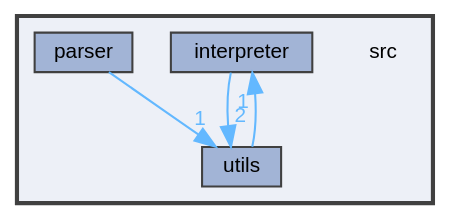
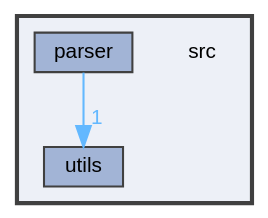
Before and after one commit to kejunp/kejunp.github.io: the diagram in pebbl/docs/dir_68267d1309a1af8e8297ef4c3efbcdba_dep.dot, drawn with Graphviz. The commit also changed 95 other files, not shown here.

```diff
--- a/pebbl/docs/dir_68267d1309a1af8e8297ef4c3efbcdba_dep.dot
+++ b/pebbl/docs/dir_68267d1309a1af8e8297ef4c3efbcdba_dep.dot
@@ -1,18 +1,15 @@
 digraph "src"
 {
  // LATEX_PDF_SIZE
   bgcolor="transparent";
   edge [fontname=Helvetica,fontsize=10,labelfontname=Helvetica,labelfontsize=10];
   node [fontname=Helvetica,fontsize=10,shape=box,height=0.2,width=0.4];
   compound=true
   subgraph clusterdir_68267d1309a1af8e8297ef4c3efbcdba {
     graph [ bgcolor="#edf0f7", pencolor="grey25", label="", fontname=Helvetica,fontsize=10 style="filled,bold", URL="dir_68267d1309a1af8e8297ef4c3efbcdba.html",tooltip=""]
     dir_68267d1309a1af8e8297ef4c3efbcdba [shape=plaintext, label="src"];
-  dir_4904b5727094acb85f1fb3ce4b540d24 [label="interpreter", fillcolor="#a2b4d6", color="grey25", style="filled", URL="dir_4904b5727094acb85f1fb3ce4b540d24.html",tooltip=""];
   dir_6cd8491d143eb218b70983dbdb3c58bc [label="parser", fillcolor="#a2b4d6", color="grey25", style="filled", URL="dir_6cd8491d143eb218b70983dbdb3c58bc.html",tooltip=""];
   dir_313caf1132e152dd9b58bea13a4052ca [label="utils", fillcolor="#a2b4d6", color="grey25", style="filled", URL="dir_313caf1132e152dd9b58bea13a4052ca.html",tooltip=""];
   }
-  dir_4904b5727094acb85f1fb3ce4b540d24->dir_313caf1132e152dd9b58bea13a4052ca [headlabel="2", labeldistance=1.5 headhref="dir_000002_000007.html" href="dir_000002_000007.html" color="steelblue1" fontcolor="steelblue1"];
-  dir_6cd8491d143eb218b70983dbdb3c58bc->dir_313caf1132e152dd9b58bea13a4052ca [headlabel="1", labeldistance=1.5 headhref="dir_000004_000007.html" href="dir_000004_000007.html" color="steelblue1" fontcolor="steelblue1"];
-  dir_313caf1132e152dd9b58bea13a4052ca->dir_4904b5727094acb85f1fb3ce4b540d24 [headlabel="1", labeldistance=1.5 headhref="dir_000007_000002.html" href="dir_000007_000002.html" color="steelblue1" fontcolor="steelblue1"];
+  dir_6cd8491d143eb218b70983dbdb3c58bc->dir_313caf1132e152dd9b58bea13a4052ca [headlabel="1", labeldistance=1.5 headhref="dir_000002_000004.html" href="dir_000002_000004.html" color="steelblue1" fontcolor="steelblue1"];
 }
```
